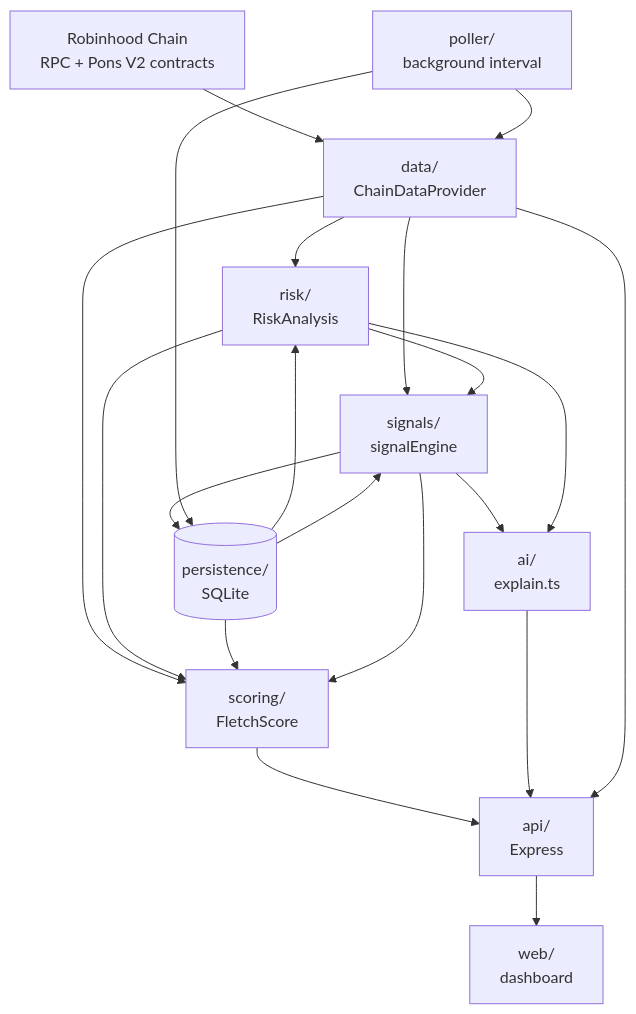
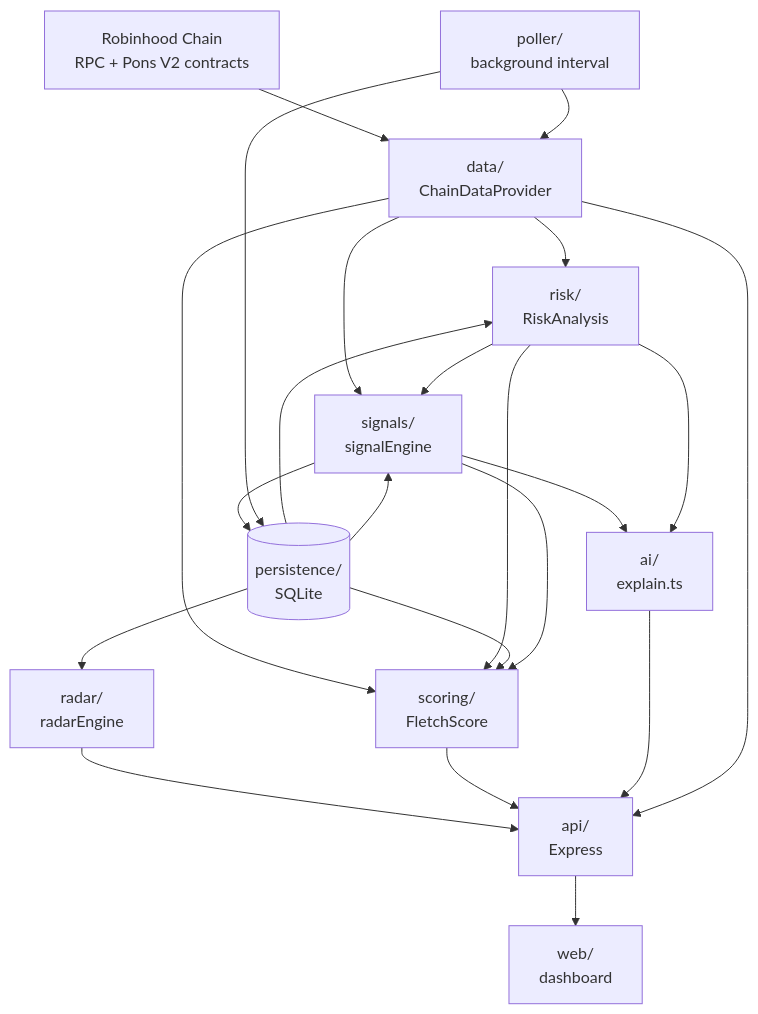
The diagram in docs/ARCHITECTURE.md (leopardracer/FLETCH), drawn with Mermaid before and after one commit. The commit also changed other lines of this file and 22 other files, not shown here.

````diff
--- a/docs/ARCHITECTURE.md
+++ b/docs/ARCHITECTURE.md
@@ -5,22 +5,24 @@
 ```mermaid
 flowchart TD
     A[Robinhood Chain<br/>RPC + Pons V2 contracts] --> B[data/<br/>ChainDataProvider]
     B --> C[risk/<br/>RiskAnalysis]
     B --> D[signals/<br/>signalEngine]
     P[(persistence/<br/>SQLite)] --> C
     P --> D
     C --> D
     B --> S[scoring/<br/>FletchScore]
     C --> S
     P --> S
     D --> S
     D --> E[ai/<br/>explain.ts]
     C --> E
+    P --> R[radar/<br/>radarEngine]
+    R --> F
     S --> F[api/<br/>Express]
     E --> F
     B --> F
     D --> P
     Poller[poller/<br/>background interval] --> B
     Poller --> P
     F --> G[web/<br/>dashboard]
 ```
````
